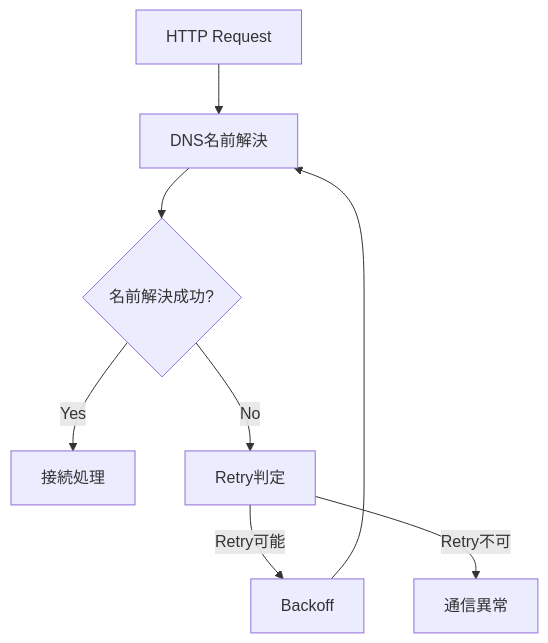
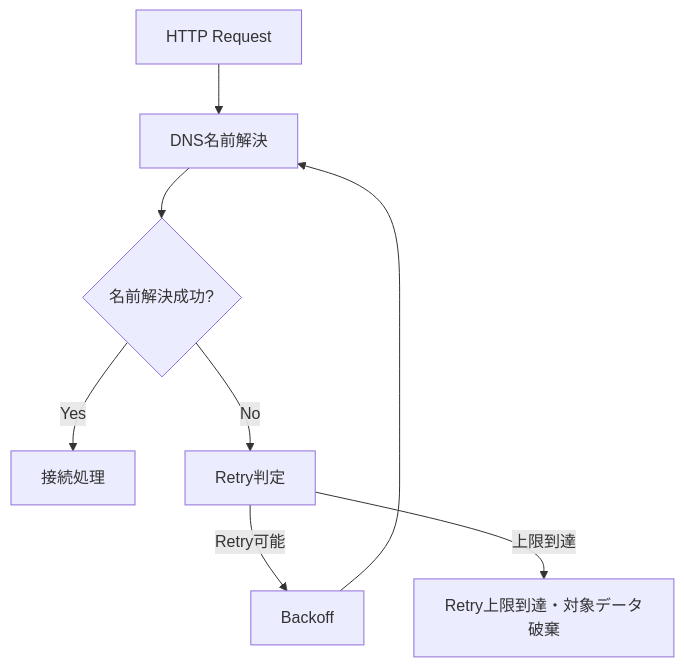
Diagram 12 of 46 in docs/05_operation_recovery.md (yujimasuda77777/Raspberry_Pi_4B_Edge_IoT_System), drawn with Mermaid before and after one commit. The commit also changed other lines of this file and 1 other file, not shown here.

````diff
--- a/docs/05_operation_recovery.md
+++ b/docs/05_operation_recovery.md
@@ -609,21 +583,21 @@
 ```mermaid
 flowchart TD
     Request["HTTP Request"]
     DNS["DNS名前解決"]
     Result{"名前解決成功?"}
     Connect["接続処理"]
     Retry["Retry判定"]
     Backoff["Backoff"]
-    Error["通信異常"]
+    Discard["Retry上限到達・対象データ破棄"]
 
     Request --> DNS
     DNS --> Result
 
     Result -->|Yes| Connect
     Result -->|No| Retry
 
     Retry -->|Retry可能| Backoff
-    Retry -->|Retry不可| Error
+    Retry -->|上限到達| Discard
 
     Backoff --> DNS
 ```
````
